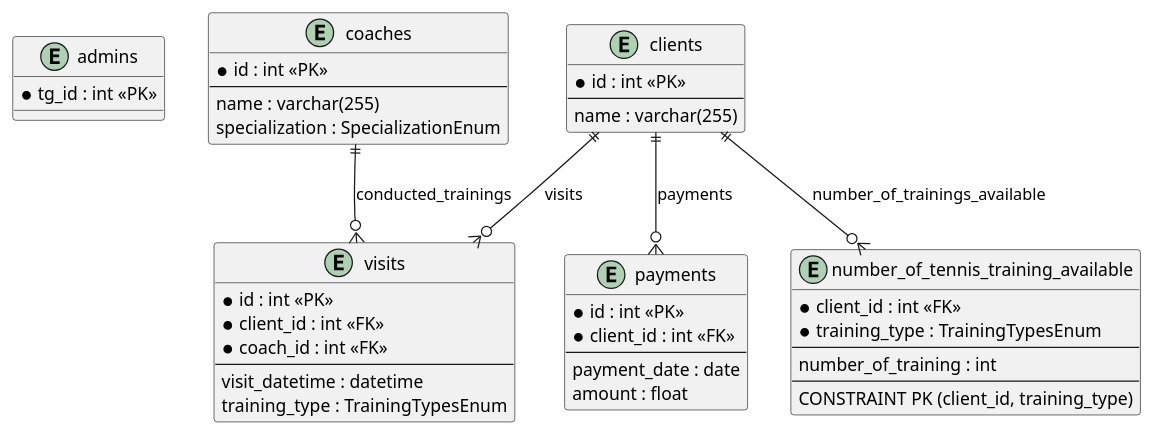
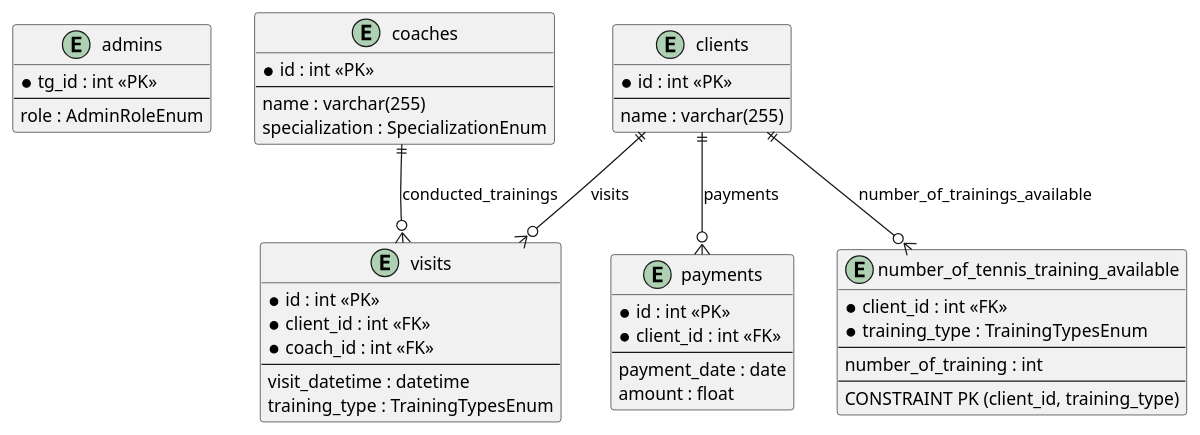
The diagram in docs/erd.puml (OverPotter/tennis_accounting_for_payments), drawn with PlantUML before and after one commit.

Commit message:
update docks

```diff
--- a/docs/erd.puml
+++ b/docs/erd.puml
@@ -1,51 +1,53 @@
 @startuml
 
 entity "admins" {
     *tg_id : int <<PK>>
+    --
+    role : AdminRoleEnum
 }
 
 entity "clients" as users {
     *id : int <<PK>>
     --
     name : varchar(255)
 }
 
 entity "coaches" {
     *id : int <<PK>>
     --
     name : varchar(255)
     specialization : SpecializationEnum
 }
 
 entity "number_of_tennis_training_available" as tennis_balances {
     *client_id : int <<FK>>
     *training_type : TrainingTypesEnum
     --
     number_of_training : int
     --
     CONSTRAINT PK (client_id, training_type)
 }
 
 entity "visits" as visits {
     *id : int <<PK>>
     *client_id : int <<FK>>
     *coach_id : int <<FK>>
     --
     visit_datetime : datetime
     training_type : TrainingTypesEnum
 }
 
 entity "payments" as payments {
     *id : int <<PK>>
     *client_id : int <<FK>>
     --
     payment_date : date
     amount : float
 }
 
 users ||--o{ tennis_balances : "number_of_trainings_available"
 users ||--o{ visits : "visits"
 users ||--o{ payments : "payments"
 coaches ||--o{ visits : "conducted_trainings"
 
 @enduml
```
